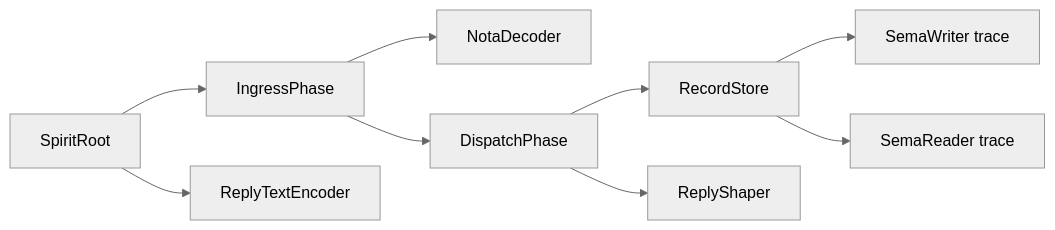
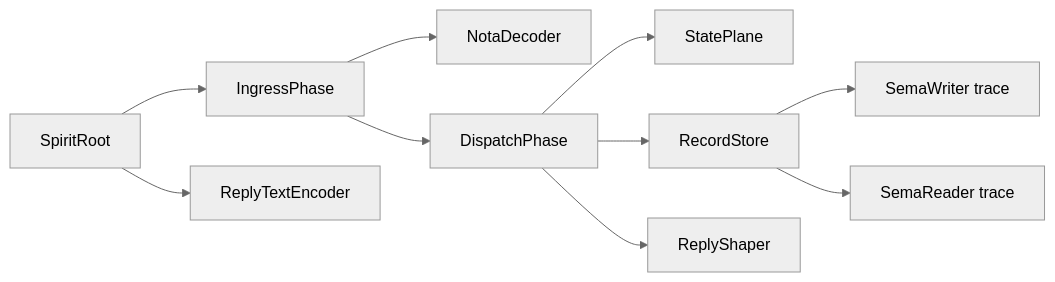
Before and after one commit to LiGoldragon/persona-spirit: the second of 2 diagrams in ARCHITECTURE.md, drawn with Mermaid (neutral theme). The commit also changed other lines of this file and 8 other files, not shown here.

````diff
--- a/ARCHITECTURE.md
+++ b/ARCHITECTURE.md
@@ -51,21 +51,23 @@
 ```mermaid
 flowchart LR
     root["SpiritRoot"]
     ingress["IngressPhase"]
     decoder["NotaDecoder"]
     dispatch["DispatchPhase"]
+    state["StatePlane"]
     store["RecordStore"]
     shaper["ReplyShaper"]
     encoder["ReplyTextEncoder"]
     writer["SemaWriter trace"]
     reader["SemaReader trace"]
 
     root --> ingress
     ingress --> decoder
     ingress --> dispatch
+    dispatch --> state
     dispatch --> store
     dispatch --> shaper
     store --> writer
     store --> reader
     root --> encoder
 ```
````
